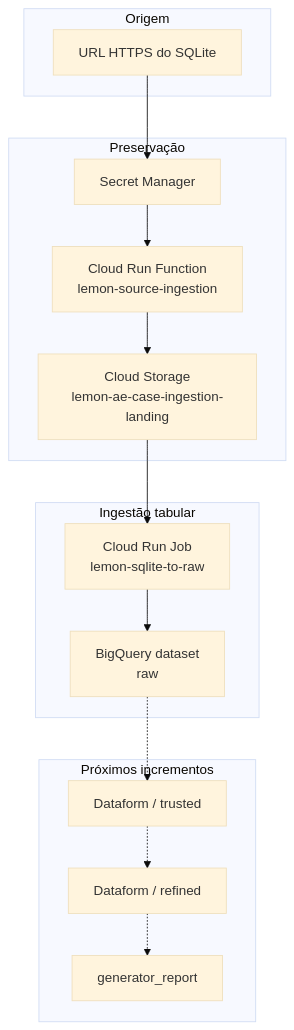
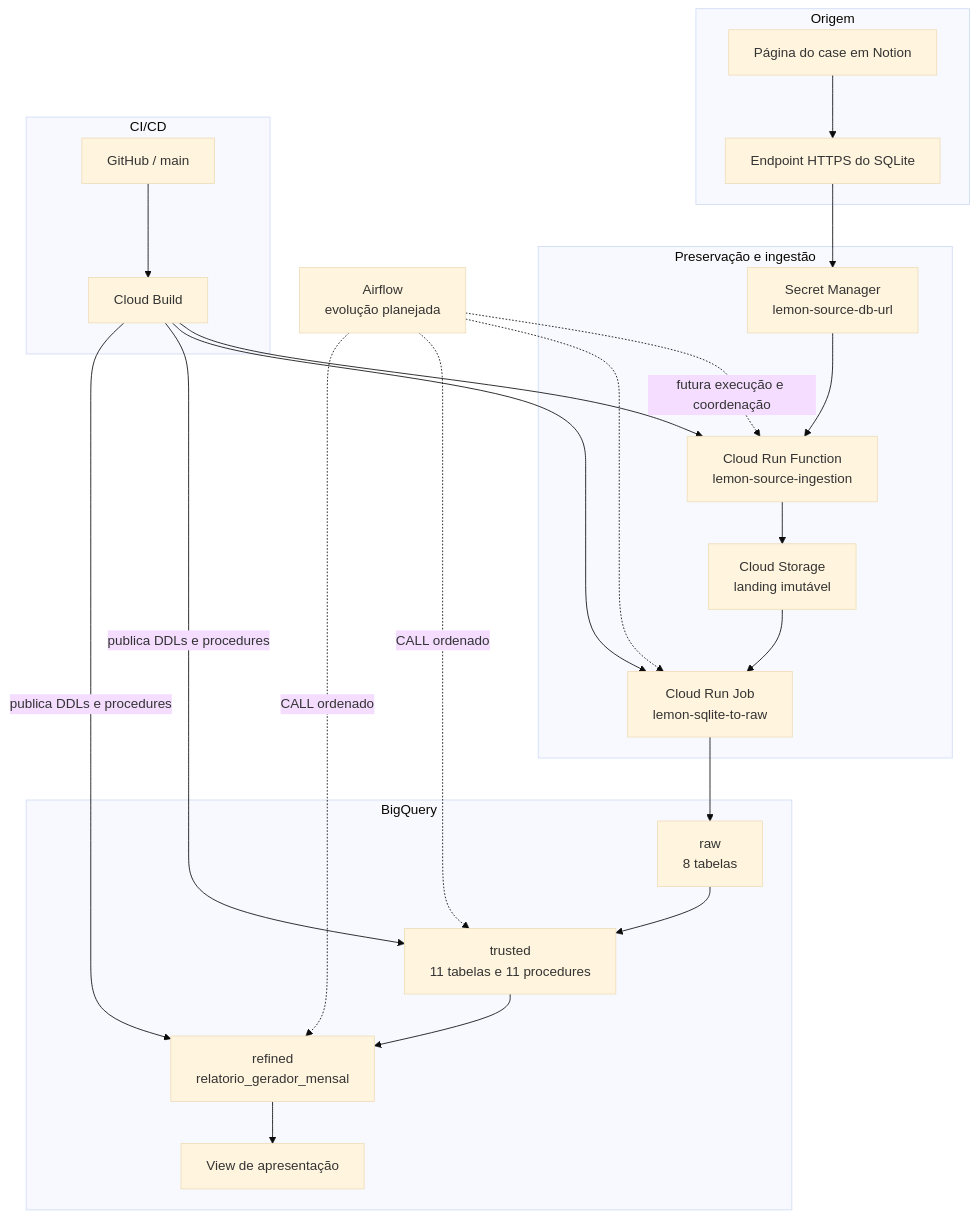
Before and after one commit to M4v3r1ck86/lemon-ae-case: the diagram in docs/architecture.md, drawn with Mermaid (base theme). The commit also changed other lines of this file and 13 other files, not shown here.

````diff
--- a/docs/architecture.md
+++ b/docs/architecture.md
@@ -16,32 +16,36 @@
 ```mermaid
 flowchart TB
     subgraph Source[Origem]
-        URL[URL HTTPS do SQLite]
+        NOTION[Página do case em Notion] --> URL[Endpoint HTTPS do SQLite]
     end
 
-    subgraph Ingestion[Preservação]
-        SECRET[Secret Manager]
+    subgraph Ingestion[Preservação e ingestão]
+        SECRET[Secret Manager<br/>lemon-source-db-url]
         FUNCTION[Cloud Run Function<br/>lemon-source-ingestion]
-        LANDING[Cloud Storage<br/>lemon-ae-case-ingestion-landing]
+        LANDING[Cloud Storage<br/>landing imutável]
+        JOB[Cloud Run Job<br/>lemon-sqlite-to-raw]
     end
 
-    subgraph RawLoad[Ingestão tabular]
-        JOB[Cloud Run Job<br/>lemon-sqlite-to-raw]
-        RAW[BigQuery dataset<br/>raw]
+    subgraph BQ[BigQuery]
+        RAW[raw<br/>8 tabelas]
+        TRUSTED[trusted<br/>11 tabelas e 11 procedures]
+        REFINED[refined<br/>relatorio_gerador_mensal]
+        VIEW[View de apresentação]
     end
 
-    subgraph Analytics[Próximos incrementos]
-        TRUSTED[Dataform / trusted]
-        REFINED[Dataform / refined]
-        REPORT[generator_report]
+    subgraph CICD[CI/CD]
+        GITHUB[GitHub / main] --> BUILD[Cloud Build]
     end
 
-    URL --> SECRET
-    SECRET --> FUNCTION
-    FUNCTION --> LANDING
-    LANDING --> JOB
-    JOB --> RAW
-    RAW -.-> TRUSTED
-    TRUSTED -.-> REFINED
-    REFINED -.-> REPORT
+    AIRFLOW[Airflow<br/>evolução planejada]
+
+    URL --> SECRET --> FUNCTION --> LANDING --> JOB --> RAW --> TRUSTED --> REFINED --> VIEW
+    BUILD --> FUNCTION
+    BUILD --> JOB
+    BUILD -->|publica DDLs e procedures| TRUSTED
+    BUILD -->|publica DDLs e procedures| REFINED
+    AIRFLOW -. futura execução e coordenação .-> FUNCTION
+    AIRFLOW -.-> JOB
+    AIRFLOW -. CALL ordenado .-> TRUSTED
+    AIRFLOW -. CALL ordenado .-> REFINED
 ```
````
